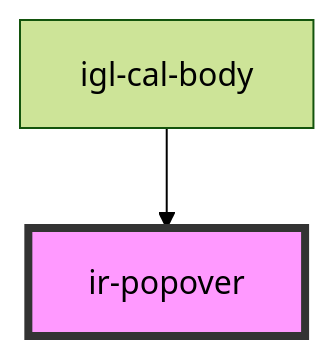
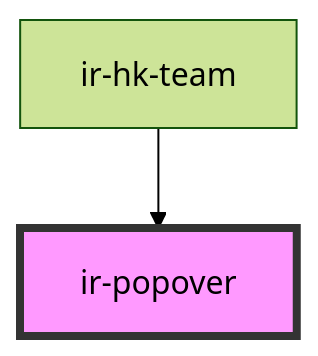
The diagram in src/components/ui/ir-popover/readme.md (RonyRizk/ir-webcmp), drawn with Mermaid (forest theme) before and after one commit. The commit also changed other lines of this file and 293 other files, not shown here.

````diff
--- a/src/components/ui/ir-popover/readme.md
+++ b/src/components/ui/ir-popover/readme.md
@@ -23,5 +26,5 @@
 ```mermaid
 graph TD;
-  igl-cal-body --> ir-popover
+  ir-hk-team --> ir-popover
   style ir-popover fill:#f9f,stroke:#333,stroke-width:4px
 ```
````
